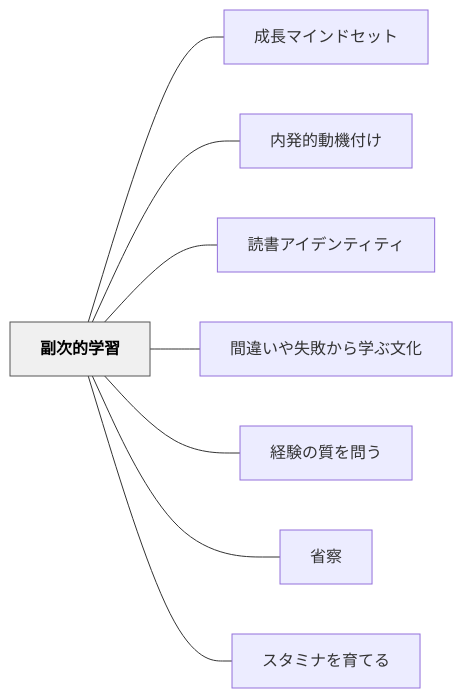
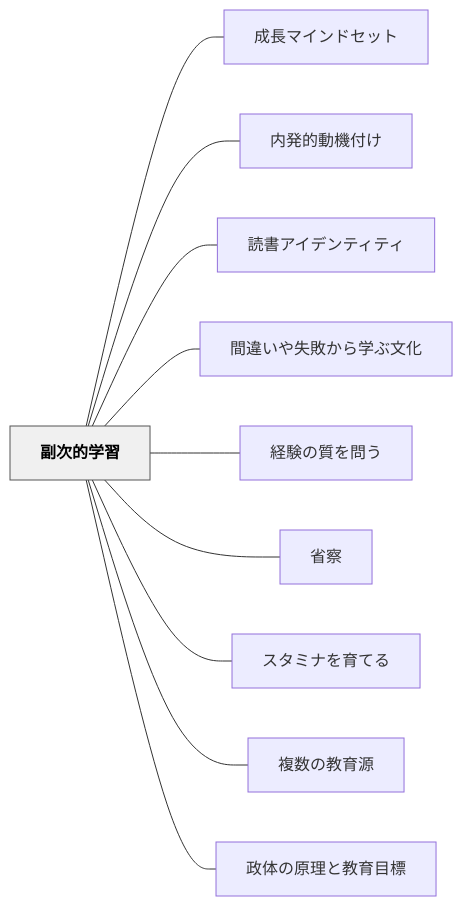
The diagram in content/パタン/副次的学習.md (unknownthings-ed-patterns/unknownthings-ed-patterns), drawn with Mermaid before and after one commit. The commit also changed other lines of this file and 16 other files, not shown here.

````diff
--- a/content/パタン/副次的学習.md
+++ b/content/パタン/副次的学習.md
@@ -93,22 +109,26 @@
 ```mermaid
 flowchart LR
     ne589afe6aca1e79a84e5ada6e7bf92["副次的学習"]
     ne68890e995b7e3839ee382a4e383b3e38389e382bbe38383e38388["成長マインドセット"]
     ne58685e799bae79a84e58b95e6a99fe4bb98e38191["内発的動機付け"]
     ne8aaade69bb8e382a2e382a4e38387e383b3e38386e382a3e38386e382a3["読書アイデンティティ"]
     ne99693e98195e38184e38284e5a4b1e69597e3818be38289e5ada6e381b6e69687e58c96["間違いや失敗から学ぶ文化"]
     ne7b58ce9a893e381aee8b3aae38292e5958fe38186["経験の質を問う"]
     ne79c81e5af9f["省察"]
     ne382b9e382bfe3839fe3838ae38292e882b2e381a6e3828b["スタミナを育てる"]
+    ne8a487e695b0e381aee69599e882b2e6ba90["複数の教育源"]
+    ne694bfe4bd93e381aee58e9fe79086e381a8e69599e882b2e79baee6a899["政体の原理と教育目標"]
 
     ne589afe6aca1e79a84e5ada6e7bf92 --- ne68890e995b7e3839ee382a4e383b3e38389e382bbe38383e38388
     ne589afe6aca1e79a84e5ada6e7bf92 --- ne58685e799bae79a84e58b95e6a99fe4bb98e38191
     ne589afe6aca1e79a84e5ada6e7bf92 --- ne8aaade69bb8e382a2e382a4e38387e383b3e38386e382a3e38386e382a3
     ne589afe6aca1e79a84e5ada6e7bf92 --- ne99693e98195e38184e38284e5a4b1e69597e3818be38289e5ada6e381b6e69687e58c96
     ne589afe6aca1e79a84e5ada6e7bf92 --- ne7b58ce9a893e381aee8b3aae38292e5958fe38186
     ne589afe6aca1e79a84e5ada6e7bf92 --- ne79c81e5af9f
     ne589afe6aca1e79a84e5ada6e7bf92 --- ne382b9e382bfe3839fe3838ae38292e882b2e381a6e3828b
+    ne589afe6aca1e79a84e5ada6e7bf92 --- ne8a487e695b0e381aee69599e882b2e6ba90
+    ne589afe6aca1e79a84e5ada6e7bf92 --- ne694bfe4bd93e381aee58e9fe79086e381a8e69599e882b2e79baee6a899
 
     classDef hub fill:#f0f0f0,stroke:#555,color:#000,font-weight:bold
     class ne589afe6aca1e79a84e5ada6e7bf92 hub
 ```
````
